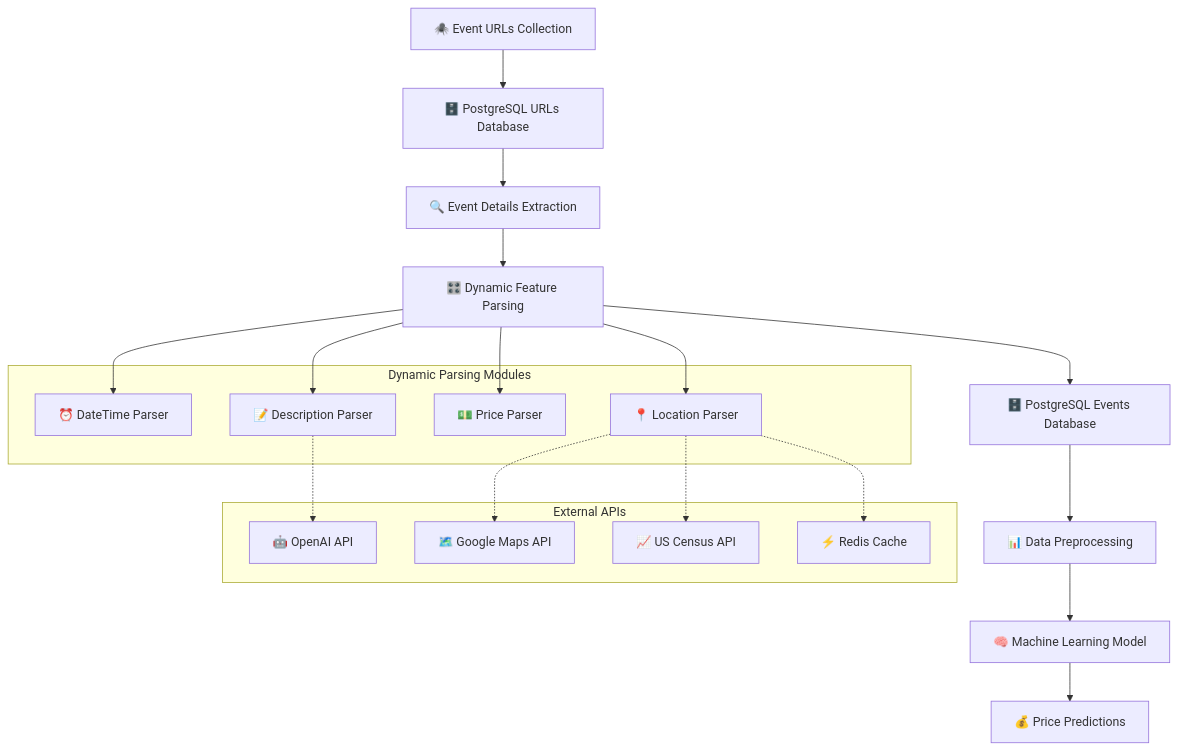
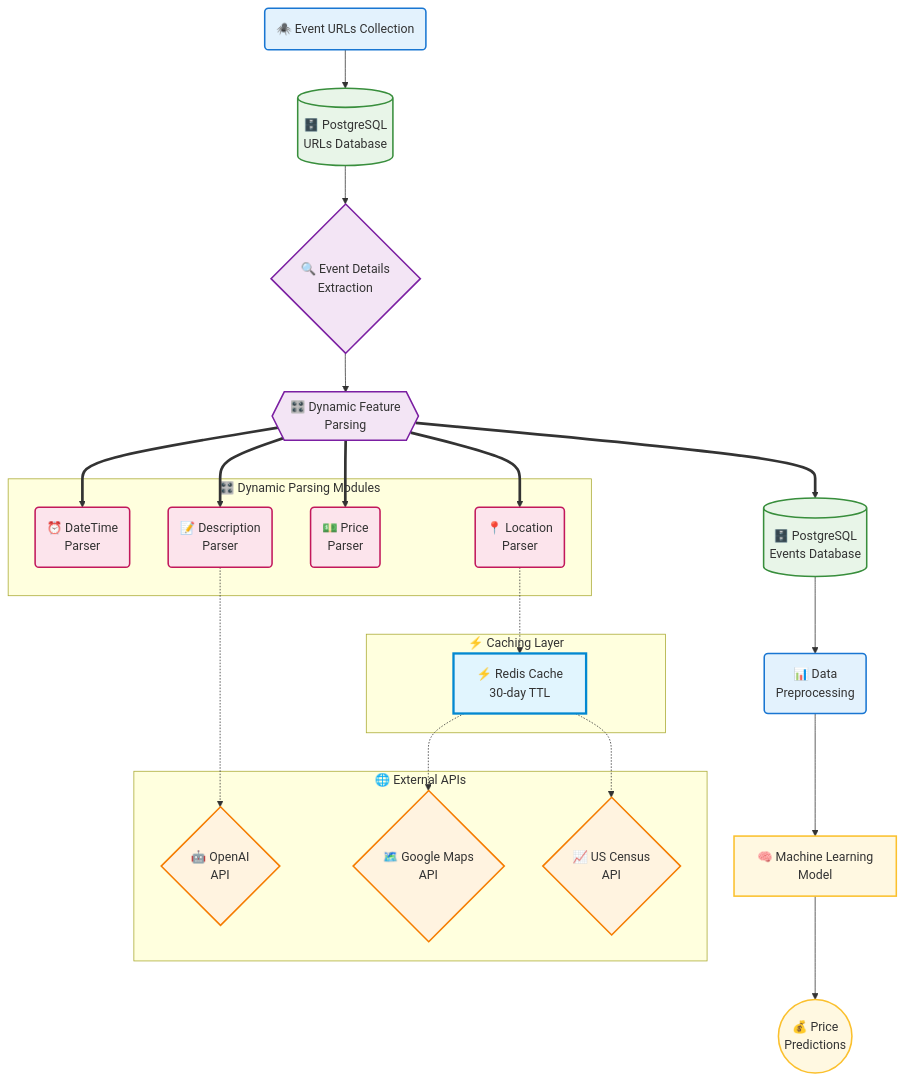
The diagram in README.md (John-Aradan/Dynamic-Pricing-Engine), drawn with Mermaid before and after one commit.

````diff
--- a/README.md
+++ b/README.md
@@ -74,34 +74,53 @@
 ```mermaid
 graph TD
-    A[🕷️ Event URLs Collection] --> B[🗄️ PostgreSQL URLs Database]
-    B --> C[🔍 Event Details Extraction]
-    C --> D[🎛️ Dynamic Feature Parsing]
-    D --> E[🗄️ PostgreSQL Events Database]
-    E --> F[📊 Data Preprocessing]
-    F --> G[🧠 Machine Learning Model]
-    G --> H[💰 Price Predictions]
+    A(🕷️ Event URLs Collection) --> B[(🗄️ PostgreSQL<br/>URLs Database)]
+    B --> C{🔍 Event Details<br/>Extraction}
+    C --> D{{🎛️ Dynamic Feature<br/>Parsing}}
+    D ==> E[(🗄️ PostgreSQL<br/>Events Database)]
+    E --> F(📊 Data<br/>Preprocessing)
+    F --> G[🧠 Machine Learning<br/>Model]
+    G --> H((💰 Price<br/>Predictions))
 
-    subgraph "Dynamic Parsing Modules"
-        D1[⏰ DateTime Parser]
-        D2[📍 Location Parser]
-        D3[💵 Price Parser]
-        D4[📝 Description Parser]
+    subgraph Parsing ["🎛️ Dynamic Parsing Modules"]
+        D1(⏰ DateTime<br/>Parser)
+        D2(📍 Location<br/>Parser)
+        D3(💵 Price<br/>Parser)
+        D4(📝 Description<br/>Parser)
     end
 
-    D --> D1
-    D --> D2
-    D --> D3
-    D --> D4
+    D ==> D1
+    D ==> D2
+    D ==> D3
+    D ==> D4
 
-    subgraph "External APIs"
-        API1[🤖 OpenAI API]
-        API2[🗺️ Google Maps API]
-        API3[📈 US Census API]
-        API4[⚡ Redis Cache]
+    subgraph APIs ["🌐 External APIs"]
+        API1{🤖 OpenAI<br/>API}
+        API2{🗺️ Google Maps<br/>API}
+        API3{📈 US Census<br/>API}
+    end
+
+    subgraph Cache ["⚡ Caching Layer"]
+        REDIS[⚡ Redis Cache<br/>30-day TTL]
     end
 
     D4 -.-> API1
-    D2 -.-> API2
-    D2 -.-> API3
-    D2 -.-> API4
+    D2 -.-> REDIS
+    REDIS -.-> API2
+    REDIS -.-> API3
+
+    classDef process fill:#e3f2fd,stroke:#1976d2,stroke-width:2px
+    classDef database fill:#e8f5e8,stroke:#388e3c,stroke-width:2px
+    classDef api fill:#fff3e0,stroke:#f57c00,stroke-width:2px
+    classDef parser fill:#fce4ec,stroke:#c2185b,stroke-width:2px
+    classDef decision fill:#f3e5f5,stroke:#7b1fa2,stroke-width:2px
+    classDef result fill:#fff8e1,stroke:#fbc02d,stroke-width:2px
+    classDef cache fill:#e1f5fe,stroke:#0288d1,stroke-width:3px
+
+    class A,F process
+    class B,E database
+    class API1,API2,API3 api
+    class D1,D2,D3,D4 parser
+    class C,D decision
+    class G,H result
+    class REDIS cache
 ```
````
